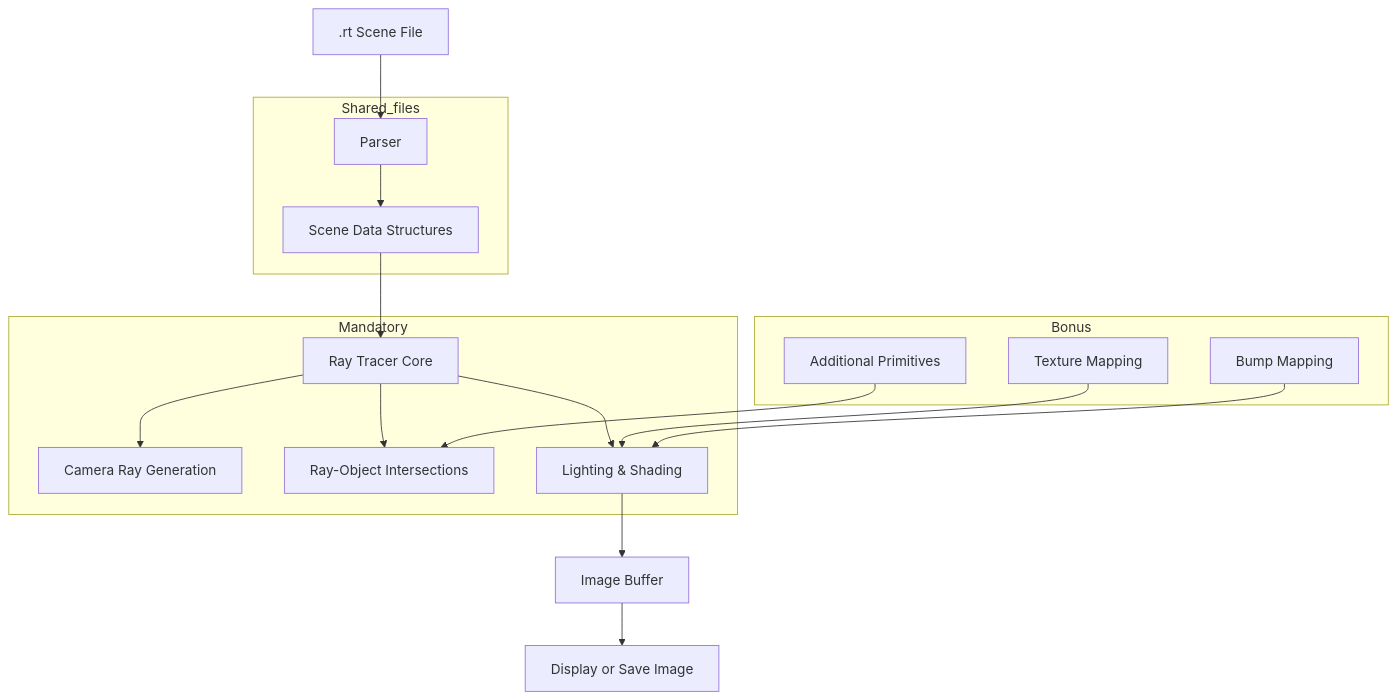
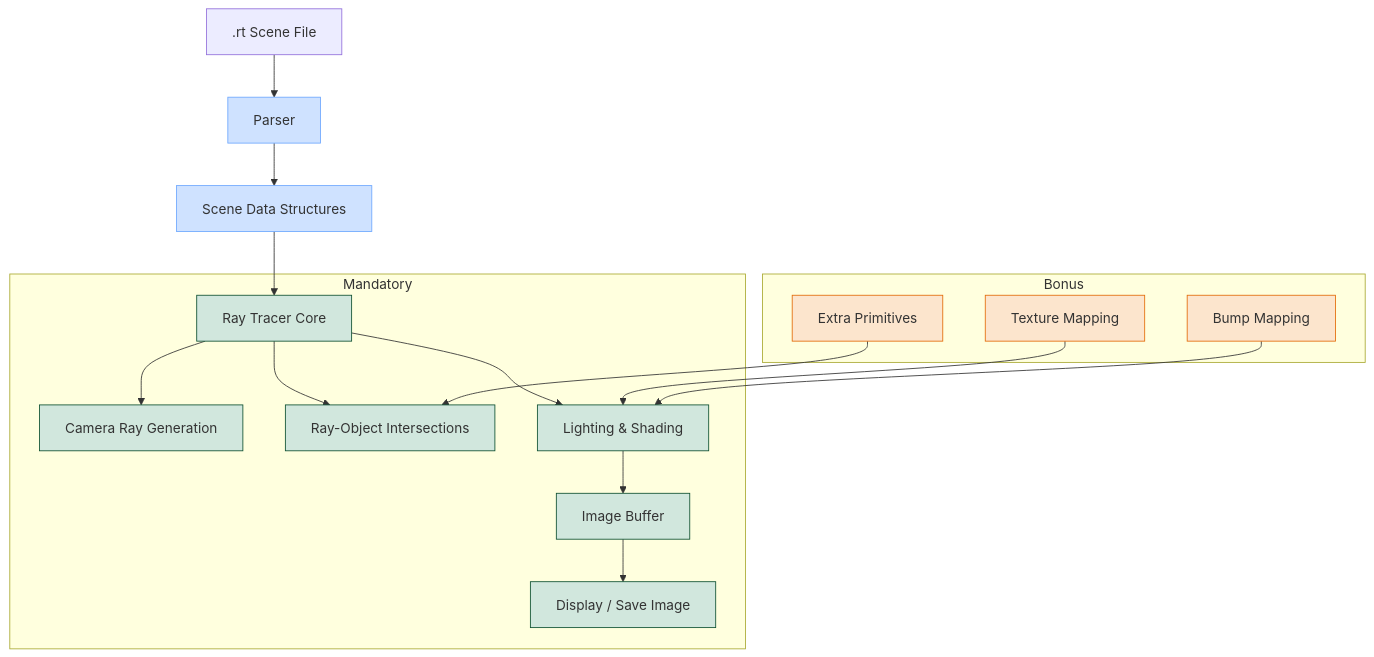
Before and after one commit to moh3333/minirt: the diagram in README.md, drawn with Mermaid. The commit also changed other lines of this file, not shown here.

````diff
--- a/README.md
+++ b/README.md
@@ -14,34 +12,29 @@
 ```mermaid
-graph TD
+flowchart TD
     A[.rt Scene File] --> B[Parser]
     B --> C[Scene Data Structures]
     C --> D[Ray Tracer Core]
-    
-    D --> E[Camera Ray Generation]
-    D --> F[Ray-Object Intersections]
-    D --> G[Lighting & Shading]
-    
-    G --> H[Image Buffer]
-    H --> I[Display or Save Image]
-
-    subgraph Shared_files
-        B
-        C
-    end
 
     subgraph Mandatory
-        D
-        E
-        F
-        G
+        D --> E[Camera Ray Generation]
+        D --> F[Ray-Object Intersections]
+        D --> G[Lighting & Shading]
+        G --> H[Image Buffer]
+        H --> I[Display / Save Image]
     end
 
     subgraph Bonus
-        J[Texture Mapping]
-        K[Bump Mapping]
-        L[Additional Primitives]
-        J --> G
-        K --> G
-        L --> F
+        J[Texture Mapping] --> G
+        K[Bump Mapping] --> G
+        L[Extra Primitives] --> F
     end
+
+    classDef shared fill:#cfe2ff,stroke:#6ea8fe;
+    class B,C shared;
+
+    classDef mandatory fill:#d1e7dd,stroke:#0f5132;
+    class D,E,F,G,H,I mandatory;
+
+    classDef bonus fill:#fce5cd,stroke:#e36c09;
+    class J,K,L bonus;
 ```
````
